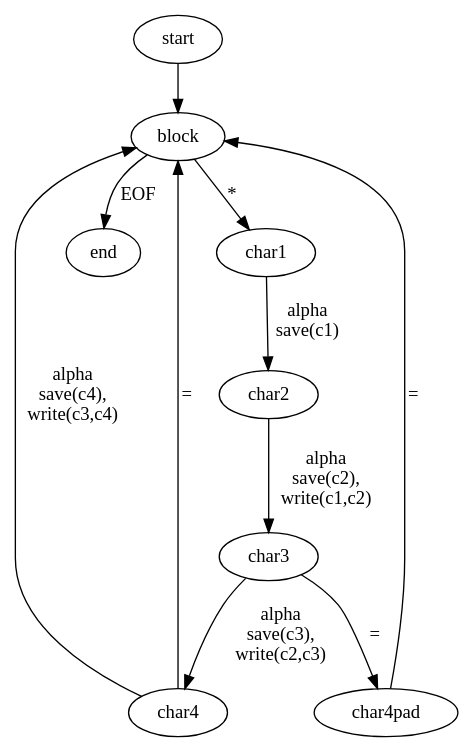
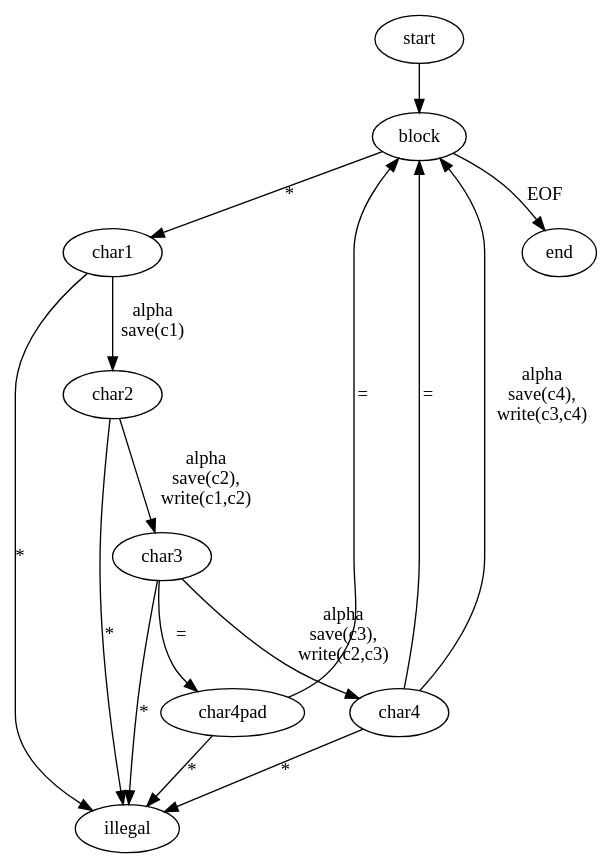
Before and after one commit to tancred/objc-base64: the diagram in decode.dot, drawn with Graphviz.

Commit message:
Diagram illegal chars.

```diff
--- a/decode.dot
+++ b/decode.dot
@@ -1,19 +1,24 @@
 digraph decode {
 	start -> block;
 
 	block -> char1 [ label = "*" ];
 
 	char1 -> char2 [ label = "alpha\nsave(c1)" ];
+	char1 -> illegal [ label = "*" ];
 
 	char2 -> char3 [ label = "alpha\nsave(c2),\nwrite(c1,c2)" ];
+	char2 -> illegal [ label = "*" ];
 
 	char3 -> char4 [ label = "alpha\nsave(c3),\nwrite(c2,c3)" ];
 	char3 -> char4pad [ label = "=" ];
+	char3 -> illegal [ label = "*" ];
 
 	char4 -> block [ label = "alpha\nsave(c4),\nwrite(c3,c4)" ];
 	char4 -> block [ label = "=" ];
+	char4 -> illegal [ label = "*" ];
 
 	char4pad -> block [ label = "=" ];
+	char4pad -> illegal [ label = "*" ];
 
 	block -> end [ label = "EOF" ];
 }
```
